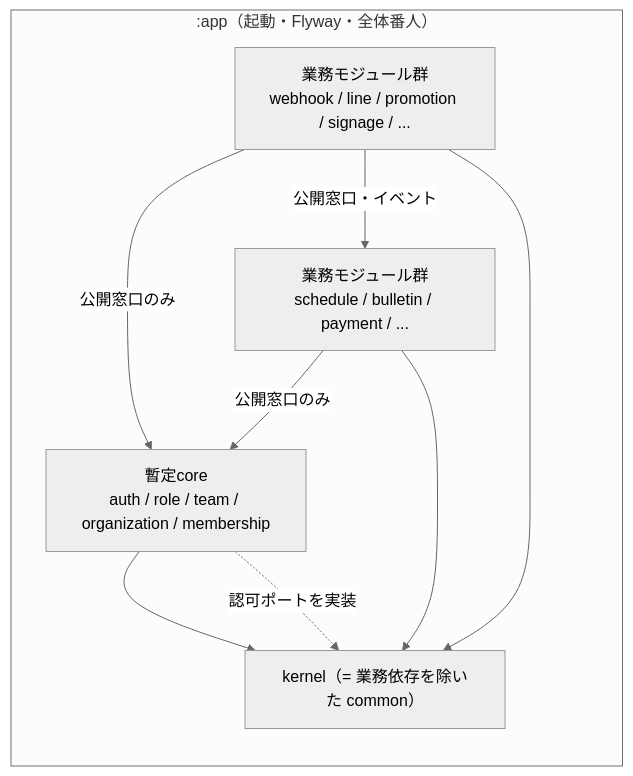
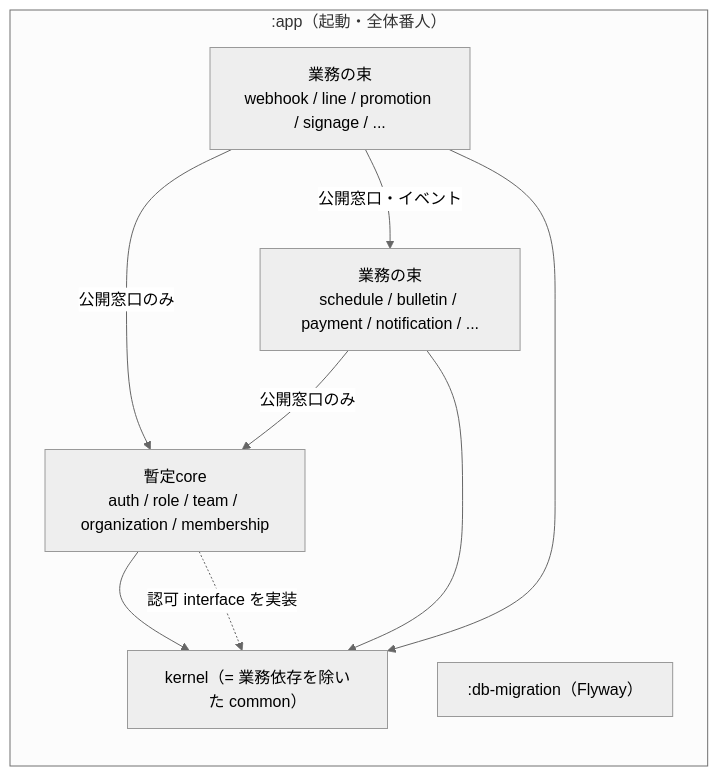
The first of 3 diagrams in docs/architecture/modular_monolith_boundary_debt_repayment.md (kenta-0420/mannschaft), drawn with Mermaid (neutral theme) before and after one commit. The commit also changed other lines of this file and 1 other file, not shown here.

````diff
--- a/docs/architecture/modular_monolith_boundary_debt_repayment.md
+++ b/docs/architecture/modular_monolith_boundary_debt_repayment.md
@@ -158,17 +193,18 @@
 ```mermaid
 flowchart TB
-  subgraph App[":app（起動・Flyway・全体番人）"]
+  subgraph App[":app（起動・全体番人）"]
     direction TB
-    B1["業務モジュール群<br/>webhook / line / promotion / signage / ..."]
-    B2["業務モジュール群<br/>schedule / bulletin / payment / ..."]
+    B1["業務の束<br/>webhook / line / promotion / signage / ..."]
+    B2["業務の束<br/>schedule / bulletin / payment / notification / ..."]
     CORE["暫定core<br/>auth / role / team / organization / membership"]
     K["kernel（= 業務依存を除いた common）"]
+    DB[":db-migration（Flyway）"]
   end
   B1 -- 公開窓口のみ --> CORE
   B2 -- 公開窓口のみ --> CORE
   B1 -- 公開窓口・イベント --> B2
   B1 --> K
   B2 --> K
   CORE --> K
-  CORE -. 認可ポートを実装 .-> K
+  CORE -. 認可 interface を実装 .-> K
 ```
````
